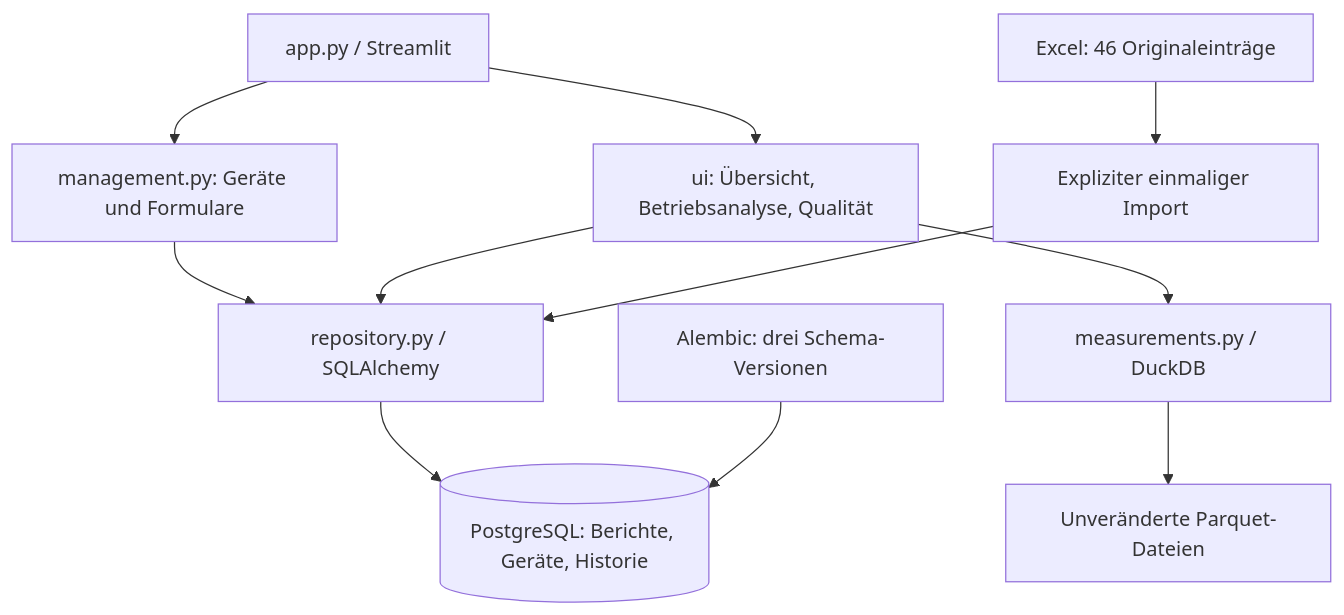
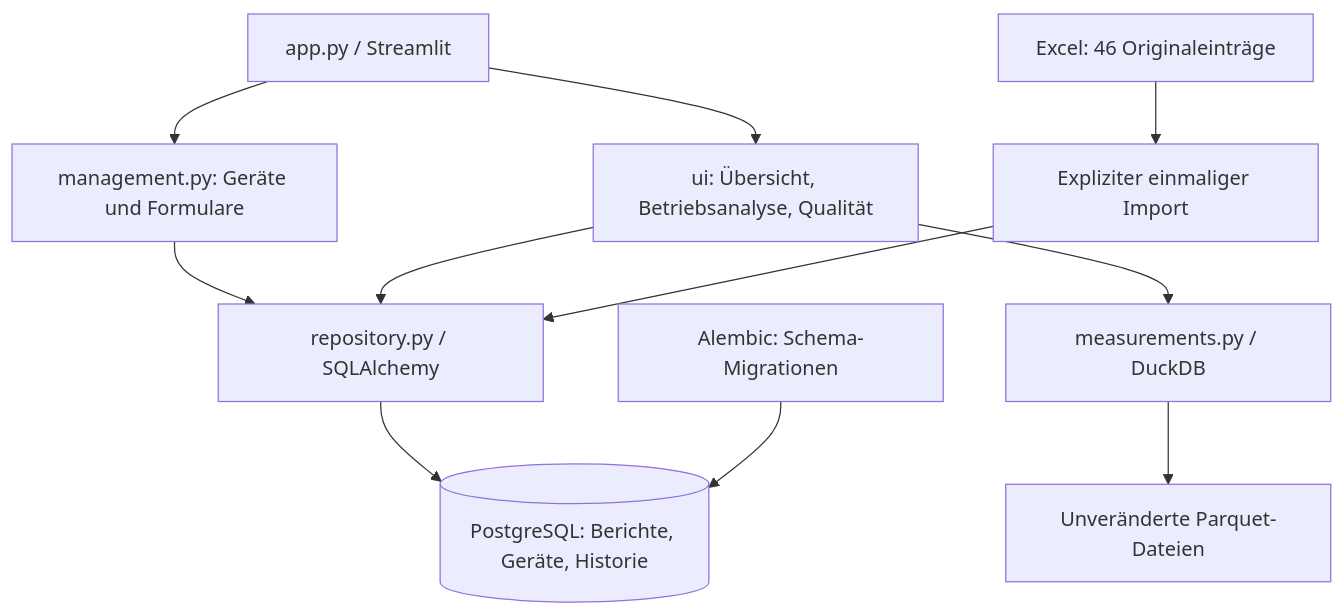
The diagram in docs/PROJEKT_ERKLAERUNG.md (AmmarAlhallak/Praxis-ServicePulse), drawn with Mermaid before and after one commit. The commit also changed other lines of this file and 9 other files, not shown here.

````diff
--- a/docs/PROJEKT_ERKLAERUNG.md
+++ b/docs/PROJEKT_ERKLAERUNG.md
@@ -27,13 +27,13 @@
 ```mermaid
 flowchart TD
     A[app.py / Streamlit] --> U[ui: Übersicht, Betriebsanalyse, Qualität]
     A --> M[management.py: Geräte und Formulare]
     M --> R[repository.py / SQLAlchemy]
     U --> R
     R --> P[(PostgreSQL: Berichte, Geräte, Historie)]
     E[Excel: 46 Originaleinträge] --> I[Expliziter einmaliger Import]
     I --> R
     U --> Q[measurements.py / DuckDB]
     Q --> F[Unveränderte Parquet-Dateien]
-    L[Alembic: drei Schema-Versionen] --> P
+    L[Alembic: Schema-Migrationen] --> P
 ```
````
